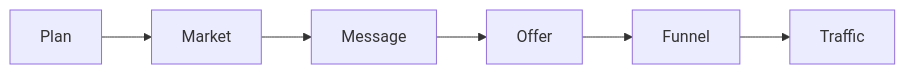
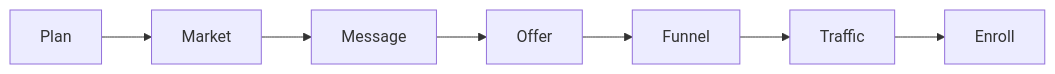
Before and after one commit to redrhino-online/red-canon: the first of 3 diagrams in internal/stations.md, drawn with Mermaid. The commit also changed other lines of this file and 8 other files, not shown here.

````diff
--- a/internal/stations.md
+++ b/internal/stations.md
@@ -9,5 +9,5 @@
 ```mermaid
 flowchart LR
     A[Plan] --> B[Market] --> C[Message]
-    C --> D[Offer] --> E[Funnel] --> F[Traffic]
+    C --> D[Offer] --> E[Funnel] --> F[Traffic] --> G[Enroll]
 ```
````
